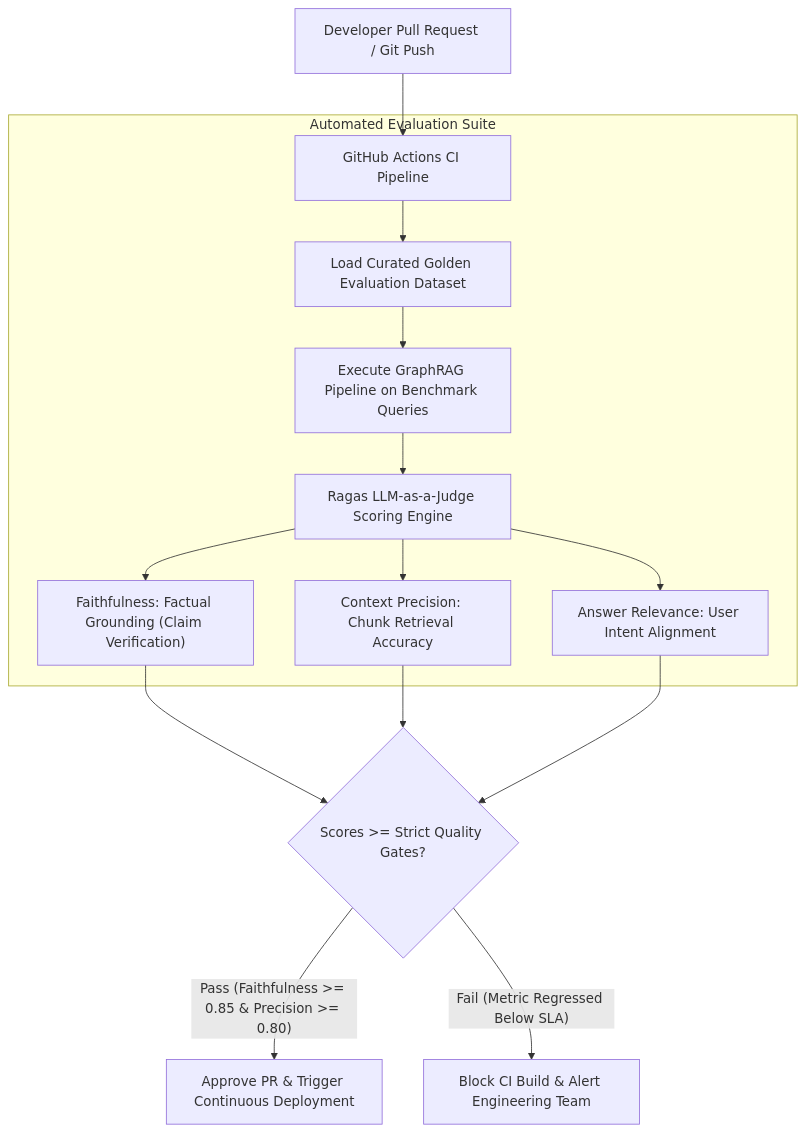
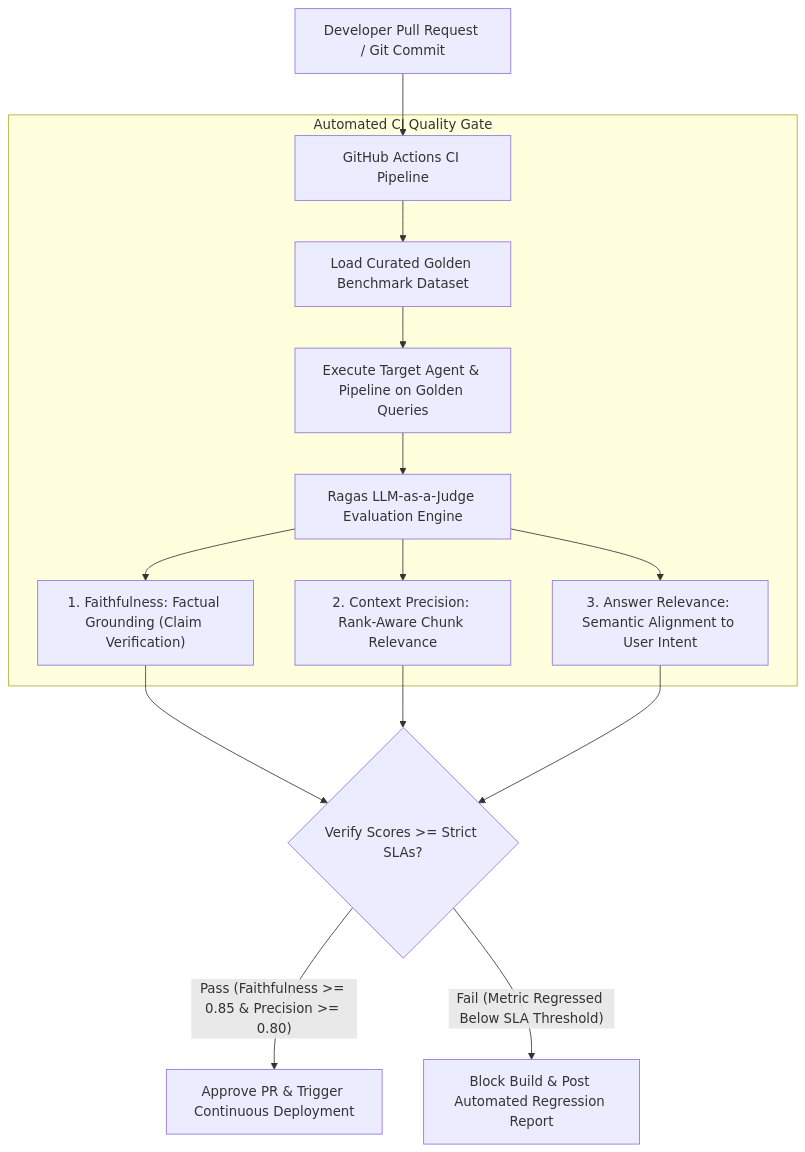
The first of 2 diagrams in content/series/ai-data-engineering-pipeline/part-10-production-evals-cicd.md (vesviet/vesviet), drawn with Mermaid before and after one commit. The commit also changed other lines of this file and 67 other files, not shown here.

Commit message:
feat(sprint-3): upgrade ai-data-engineering-pipeline and ai-driven-engineer series to 2027 SOTA masterclass

````diff
--- a/content/series/ai-data-engineering-pipeline/part-10-production-evals-cicd.md
+++ b/content/series/ai-data-engineering-pipeline/part-10-production-evals-cicd.md
@@ -40,21 +61,21 @@
 ```mermaid
 graph TD
-    GitPush["Developer Pull Request / Git Push"] --> CI_Pipeline["GitHub Actions CI Pipeline"]
+    GitPush["Developer Pull Request / Git Commit"] --> CI_Pipeline["GitHub Actions CI Pipeline"]
     
-    subgraph Automated_Evaluation_Suite ["Automated Evaluation Suite"]
-        CI_Pipeline --> Dataset["Load Curated Golden Evaluation Dataset"]
-        Dataset --> RunRAG["Execute GraphRAG Pipeline on Benchmark Queries"]
-        RunRAG --> RagasEngine["Ragas LLM-as-a-Judge Scoring Engine"]
+    subgraph Automated_Evaluation_Suite ["Automated CI Quality Gate"]
+        CI_Pipeline --> Dataset["Load Curated Golden Benchmark Dataset"]
+        Dataset --> RunRAG["Execute Target Agent & Pipeline on Golden Queries"]
+        RunRAG --> RagasEngine["Ragas LLM-as-a-Judge Evaluation Engine"]
         
-        RagasEngine --> Metric1["Faithfulness: Factual Grounding (Claim Verification)"]
-        RagasEngine --> Metric2["Context Precision: Chunk Retrieval Accuracy"]
-        RagasEngine --> Metric3["Answer Relevance: User Intent Alignment"]
+        RagasEngine --> Metric1["1. Faithfulness: Factual Grounding (Claim Verification)"]
+        RagasEngine --> Metric2["2. Context Precision: Rank-Aware Chunk Relevance"]
+        RagasEngine --> Metric3["3. Answer Relevance: Semantic Alignment to User Intent"]
     end
 
-    Metric1 --> GateCheck{"Scores >= Strict Quality Gates?"}
+    Metric1 --> GateCheck{"Verify Scores >= Strict SLAs?"}
     Metric2 --> GateCheck
     Metric3 --> GateCheck
 
     GateCheck -->|"Pass (Faithfulness >= 0.85 & Precision >= 0.80)"| Merge["Approve PR & Trigger Continuous Deployment"]
-    GateCheck -->|"Fail (Metric Regressed Below SLA)"| Block["Block CI Build & Alert Engineering Team"]
+    GateCheck -->|"Fail (Metric Regressed Below SLA Threshold)"| Block["Block Build & Post Automated Regression Report"]
 ```
````
